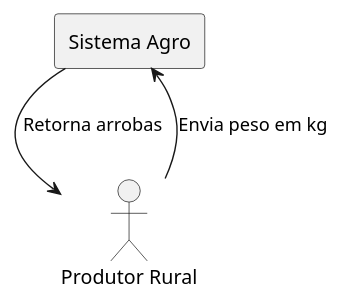
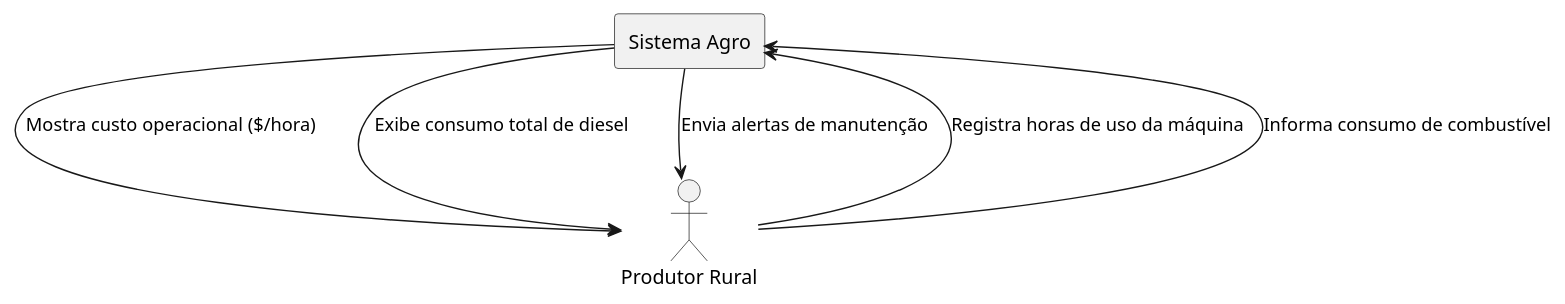
Before and after one commit to Vitorzk1/Diariobordocustomaquinario: the diagram in Contexto.puml, drawn with PlantUML.

Commit message:
feat: adiciona diagramas de arquitetura

```diff
--- a/Contexto.puml
+++ b/Contexto.puml
@@ -1,11 +1,16 @@
 @startuml
 
 actor "Produtor Rural"
 
 rectangle "Sistema Agro" {
+
 }
 
-"Produtor Rural" --> "Sistema Agro" : Envia peso em kg
-"Sistema Agro" --> "Produtor Rural" : Retorna arrobas
+"Produtor Rural" --> "Sistema Agro" : Registra horas de uso da máquina
+"Produtor Rural" --> "Sistema Agro" : Informa consumo de combustível
+
+"Sistema Agro" --> "Produtor Rural" : Mostra custo operacional ($/hora)
+"Sistema Agro" --> "Produtor Rural" : Exibe consumo total de diesel
+"Sistema Agro" --> "Produtor Rural" : Envia alertas de manutenção
 
 @enduml
```
